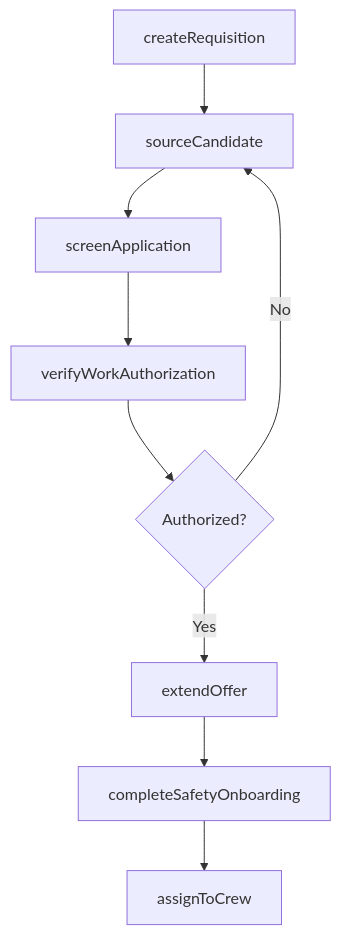
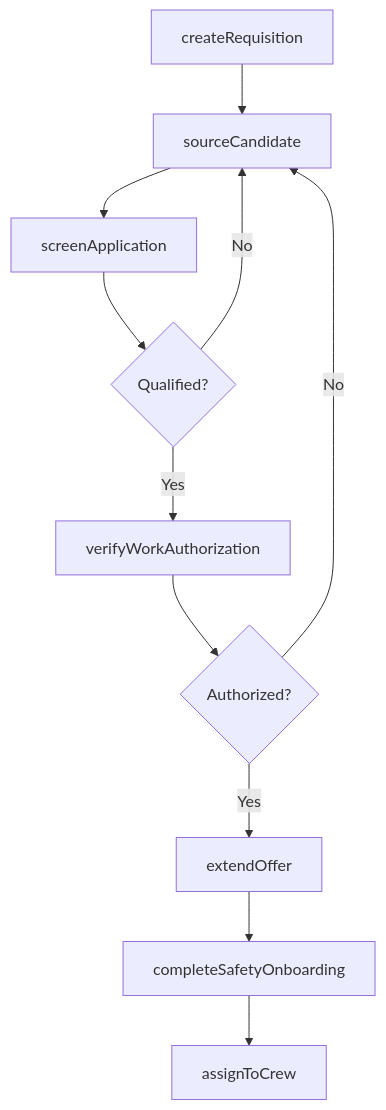
One commit to dot-org-ai/tasks.org.ai changed the third of 4 diagrams in StaffingOrganizationalUnits/PerformRecruitingOrHiringActivities/HireFarmingFishingForestryWorkers.mdx. Above: the diagram before and after it, drawn with Mermaid. The commit also changed other lines of this file and 266 other files, not shown here.

First line of the commit message:
feat: Add ER diagrams, state diagrams to wave 2 batch (251 DWA files)

````diff
--- a/StaffingOrganizationalUnits/PerformRecruitingOrHiringActivities/HireFarmingFishingForestryWorkers.mdx
+++ b/StaffingOrganizationalUnits/PerformRecruitingOrHiringActivities/HireFarmingFishingForestryWorkers.mdx
@@ -86,11 +113,13 @@
 ```mermaid
 graph TD
     A[createRequisition] --> B[sourceCandidate]
     B --> C[screenApplication]
-    C --> D[verifyWorkAuthorization]
-    D --> E{Authorized?}
-    E -->|Yes| F[extendOffer]
-    E -->|No| B
-    F --> G[completeSafetyOnboarding]
-    G --> H[assignToCrew]
+    C --> D{Qualified?}
+    D -->|No| B
+    D -->|Yes| E[verifyWorkAuthorization]
+    E --> F{Authorized?}
+    F -->|Yes| G[extendOffer]
+    F -->|No| B
+    G --> H[completeSafetyOnboarding]
+    H --> I[assignToCrew]
 ```
````
